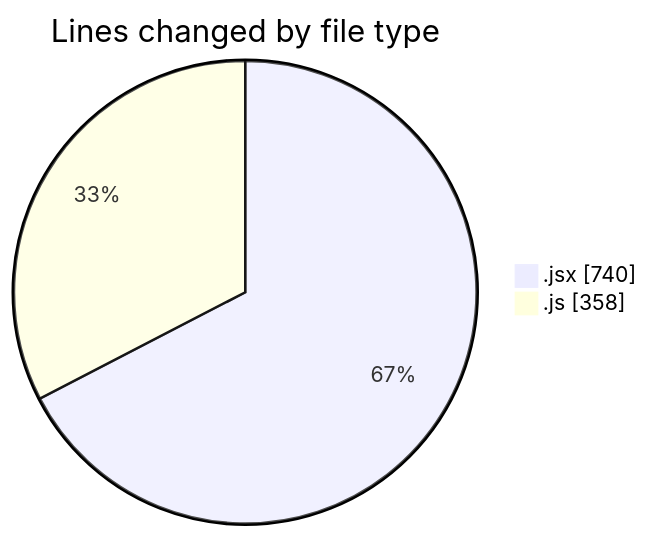
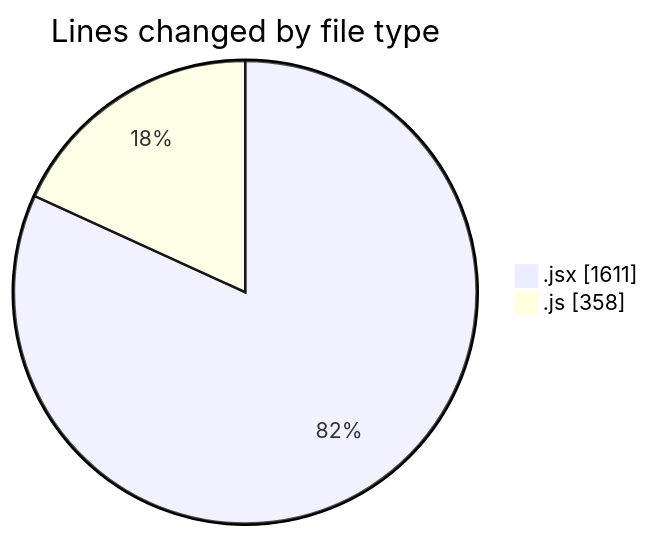
The first of 2 diagrams in 2025-07-21/nxtqube_webapp/README.md (nxtqubesakshisongat/code-tracking), drawn with Mermaid before and after one commit. The commit also changed other lines of this file and 1 other file, not shown here.

````diff
--- a/2025-07-21/nxtqube_webapp/README.md
+++ b/2025-07-21/nxtqube_webapp/README.md
@@ -23,6 +23,6 @@
 ```mermaid
 pie showData
 title Lines changed by file type
-".jsx" : 740
+".jsx" : 1611
 ".js" : 358
 ```
````
